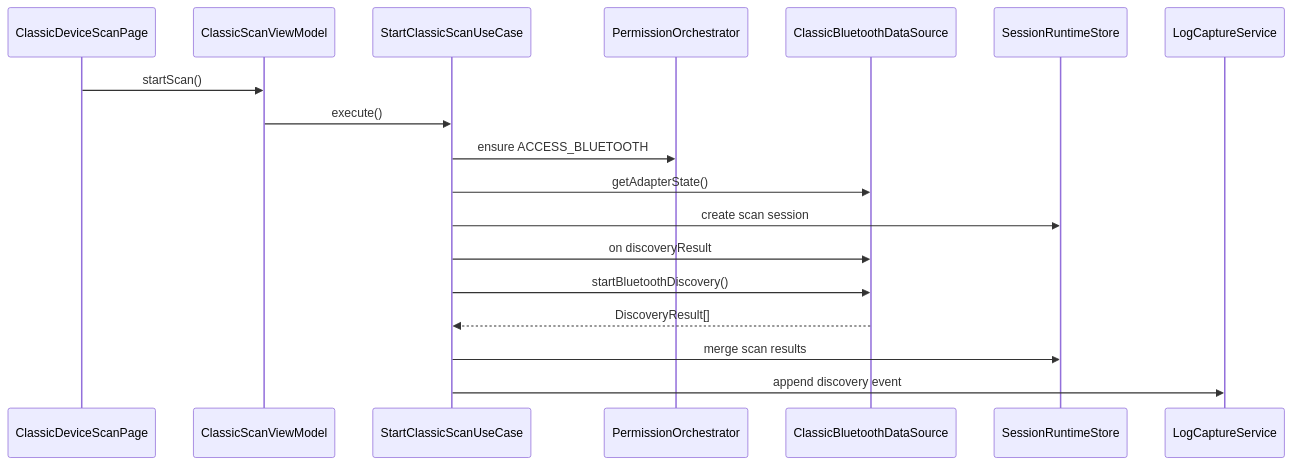
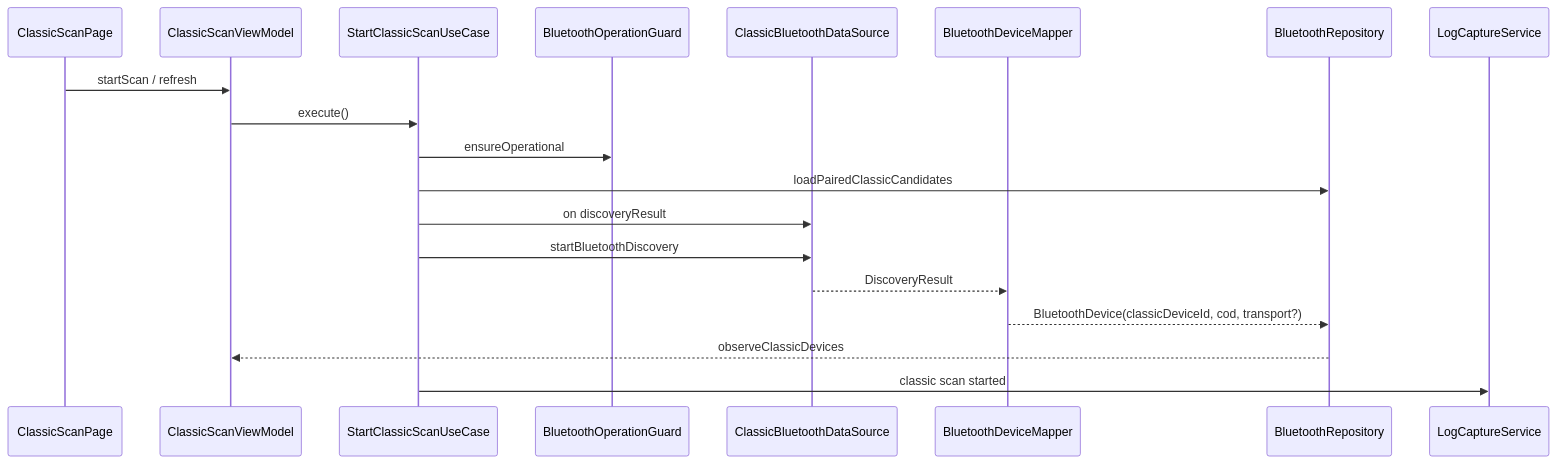
One commit to yohurm/HarmonyOS-YoWireTools changed the diagram in .projectark/5-架构设计/无线调试工具/bluetooth/01-经典蓝牙发现配对与设备身份设计.md. Above: the diagram before and after it, drawn with Mermaid. The commit also changed other lines of this file and 17 other files, not shown here.

````diff
--- a/.projectark/5-架构设计/无线调试工具/bluetooth/01-经典蓝牙发现配对与设备身份设计.md
+++ b/.projectark/5-架构设计/无线调试工具/bluetooth/01-经典蓝牙发现配对与设备身份设计.md
@@ -80,21 +141,22 @@
 ```mermaid
 sequenceDiagram
-  participant UI as ClassicDeviceScanPage
+  participant UI as ClassicScanPage
   participant VM as ClassicScanViewModel
   participant UC as StartClassicScanUseCase
-  participant PR as PermissionOrchestrator
+  participant Guard as BluetoothOperationGuard
   participant DS as ClassicBluetoothDataSource
-  participant SR as SessionRuntimeStore
+  participant Map as BluetoothDeviceMapper
+  participant Repo as BluetoothRepository
   participant LOG as LogCaptureService
 
-  UI->>VM: startScan()
+  UI->>VM: startScan / refresh
   VM->>UC: execute()
-  UC->>PR: ensure ACCESS_BLUETOOTH
-  UC->>DS: getAdapterState()
-  UC->>SR: create scan session
+  UC->>Guard: ensureOperational
+  UC->>Repo: loadPairedClassicCandidates
   UC->>DS: on discoveryResult
-  UC->>DS: startBluetoothDiscovery()
-  DS-->>UC: DiscoveryResult[]
-  UC->>SR: merge scan results
-  UC->>LOG: append discovery event
+  UC->>DS: startBluetoothDiscovery
+  DS-->>Map: DiscoveryResult
+  Map-->>Repo: BluetoothDevice(classicDeviceId, cod, transport?)
+  Repo-->>VM: observeClassicDevices
+  UC->>LOG: classic scan started
 ```
````
